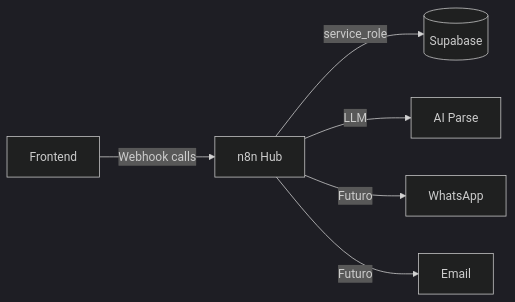
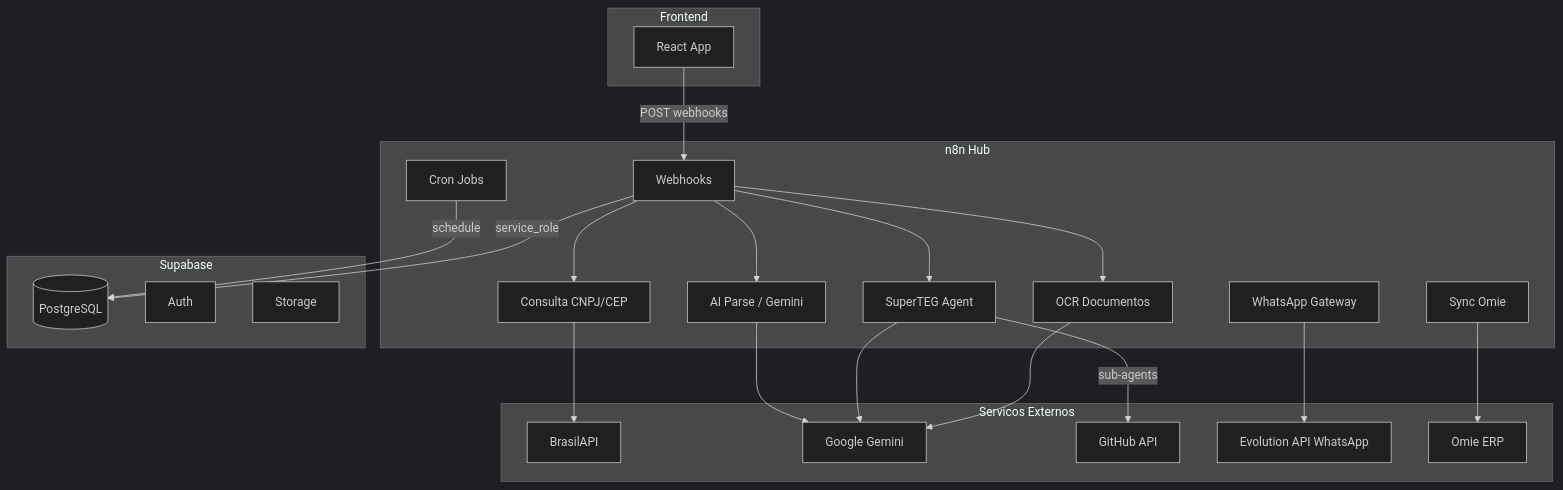
Before and after one commit to leandroteg/teg-plus: the first of 11 diagrams in docs/obsidian/10 - n8n Workflows.md, drawn with Mermaid (dark theme). The commit also changed other lines of this file and 1 other file, not shown here.

First line of the commit message:
docs: atualizar Obsidian com schema completo e workflows n8n

````diff
--- a/docs/obsidian/10 - n8n Workflows.md
+++ b/docs/obsidian/10 - n8n Workflows.md
@@ -16,8 +24,46 @@
 ```mermaid
-graph LR
-    FE[Frontend] -->|Webhook calls| N8N[n8n Hub]
-    N8N -->|service_role| DB[(Supabase)]
-    N8N -->|LLM| AI[AI Parse]
-    N8N -->|Futuro| WA[WhatsApp]
-    N8N -->|Futuro| EMAIL[Email]
+graph TB
+    subgraph Frontend
+        FE[React App]
+    end
+
+    subgraph n8n Hub
+        WH[Webhooks]
+        AI[AI Parse / Gemini]
+        AGENT[SuperTEG Agent]
+        OCR[OCR Documentos]
+        CNPJ[Consulta CNPJ/CEP]
+        WA[WhatsApp Gateway]
+        OMIE[Sync Omie]
+        CRON[Cron Jobs]
+    end
+
+    subgraph Servicos Externos
+        BA[BrasilAPI]
+        GEM[Google Gemini]
+        GH[GitHub API]
+        EVO[Evolution API WhatsApp]
+        OM[Omie ERP]
+    end
+
+    subgraph Supabase
+        DB[(PostgreSQL)]
+        AUTH[Auth]
+        STOR[Storage]
+    end
+
+    FE -->|POST webhooks| WH
+    WH --> AI
+    WH --> AGENT
+    WH --> OCR
+    WH --> CNPJ
+    CNPJ --> BA
+    AI --> GEM
+    AGENT --> GEM
+    OCR --> GEM
+    WA --> EVO
+    AGENT -->|sub-agents| GH
+    OMIE --> OM
+    CRON -->|schedule| DB
+    WH -->|service_role| DB
 ```
````
